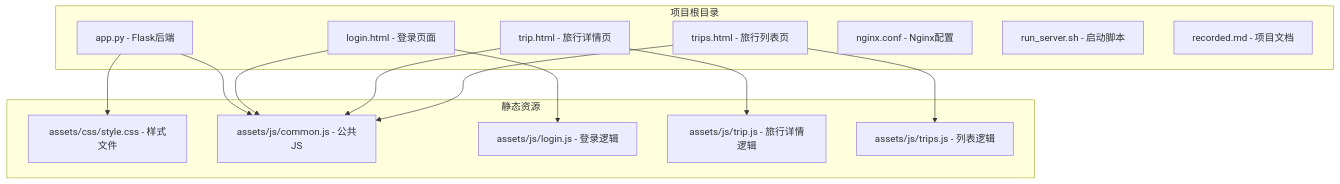
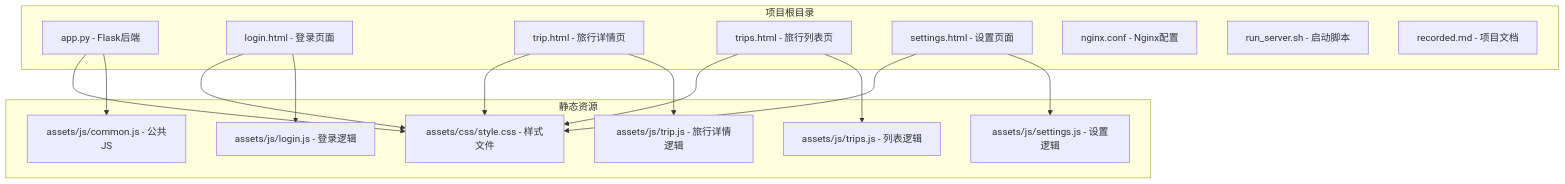
One commit to louyinmin/recorded changed the first of 21 diagrams in .qoder/repowiki/zh/content/核心功能实现/核心功能实现.md. Above: the diagram before and after it, drawn with Mermaid. The commit also changed other lines of this file and 6 other files, not shown here.

````diff
--- a/.qoder/repowiki/zh/content/核心功能实现/核心功能实现.md
+++ b/.qoder/repowiki/zh/content/核心功能实现/核心功能实现.md
@@ -34,27 +48,31 @@
 ```mermaid
 graph TB
 subgraph "项目根目录"
 A[app.py - Flask后端]
 B[login.html - 登录页面]
 C[trip.html - 旅行详情页]
 D[trips.html - 旅行列表页]
-E[nginx.conf - Nginx配置]
-F[run_server.sh - 启动脚本]
-G[recorded.md - 项目文档]
+E[settings.html - 设置页面]
+F[nginx.conf - Nginx配置]
+G[run_server.sh - 启动脚本]
+H[recorded.md - 项目文档]
 end
 subgraph "静态资源"
-H[assets/css/style.css - 样式文件]
-I[assets/js/common.js - 公共JS]
-J[assets/js/login.js - 登录逻辑]
-K[assets/js/trip.js - 旅行详情逻辑]
-L[assets/js/trips.js - 列表逻辑]
+I[assets/css/style.css - 样式文件]
+J[assets/js/common.js - 公共JS]
+K[assets/js/login.js - 登录逻辑]
+L[assets/js/settings.js - 设置逻辑]
+M[assets/js/trip.js - 旅行详情逻辑]
+N[assets/js/trips.js - 列表逻辑]
 end
-A --> H
 A --> I
+A --> J
 B --> I
-B --> J
+B --> K
 C --> I
-C --> K
+C --> M
 D --> I
-D --> L
+D --> N
+E --> I
+E --> L
 ```
````
